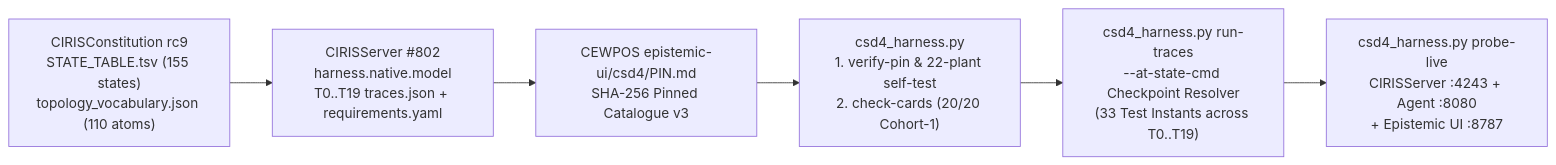
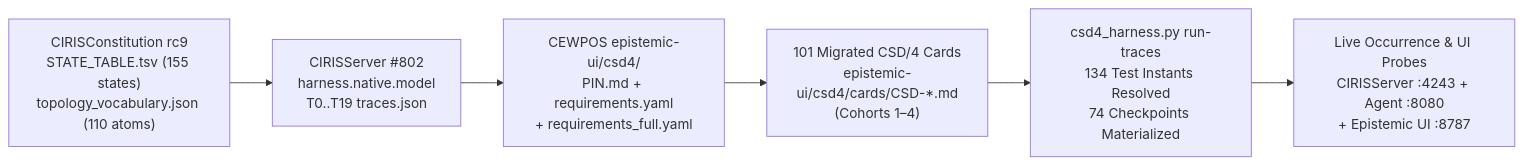
The diagram in CSD4_CATALOGUE_AND_MIGRATION_PLAN.md (CIRISAI/CEWPOS), drawn with Mermaid before and after one commit. The commit also changed other lines of this file and 179 other files, not shown here.

Commit message:
feat(csd4): complete full-catalogue CSD/3->CSD/4 migration across all 4 cohorts (101/101 cards green, 20/20 T0-T19 topologies, 74 trace checkpoints)

````diff
--- a/CSD4_CATALOGUE_AND_MIGRATION_PLAN.md
+++ b/CSD4_CATALOGUE_AND_MIGRATION_PLAN.md
@@ -37,11 +26,11 @@
 ```mermaid
 flowchart LR
     CC["CIRISConstitution rc9<br/>STATE_TABLE.tsv (155 states)<br/>topology_vocabulary.json (110 atoms)"]
-    SRV["CIRISServer #802<br/>harness.native.model<br/>T0..T19 traces.json + requirements.yaml"]
-    PIN["CEWPOS epistemic-ui/csd4/PIN.md<br/>SHA-256 Pinned Catalogue v3"]
-    CHK["csd4_harness.py<br/>1. verify-pin & 22-plant self-test<br/>2. check-cards (20/20 Cohort-1)"]
-    RUN["csd4_harness.py run-traces<br/>--at-state-cmd Checkpoint Resolver<br/>(33 Test Instants across T0..T19)"]
-    LIVE["csd4_harness.py probe-live<br/>CIRISServer :4243 + Agent :8080<br/>+ Epistemic UI :8787"]
+    SRV["CIRISServer #802<br/>harness.native.model<br/>T0..T19 traces.json"]
+    PIN["CEWPOS epistemic-ui/csd4/<br/>PIN.md + requirements.yaml<br/>+ requirements_full.yaml"]
+    CARDS["101 Migrated CSD/4 Cards<br/>epistemic-ui/csd4/cards/CSD-*.md<br/>(Cohorts 1–4)"]
+    RUN["csd4_harness.py run-traces<br/>134 Test Instants Resolved<br/>74 Checkpoints Materialized"]
+    LIVE["Live Occurrence & UI Probes<br/>CIRISServer :4243 + Agent :8080<br/>+ Epistemic UI :8787"]
 
-    CC --> SRV --> PIN --> CHK --> RUN --> LIVE
+    CC --> SRV --> PIN --> CARDS --> RUN --> LIVE
 ```
````
